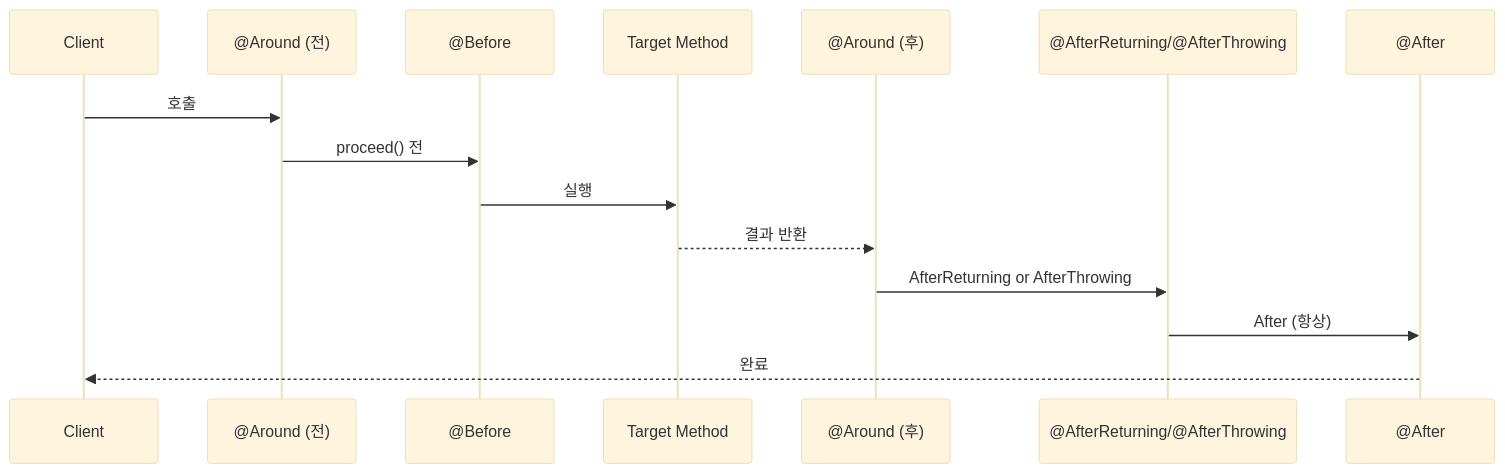
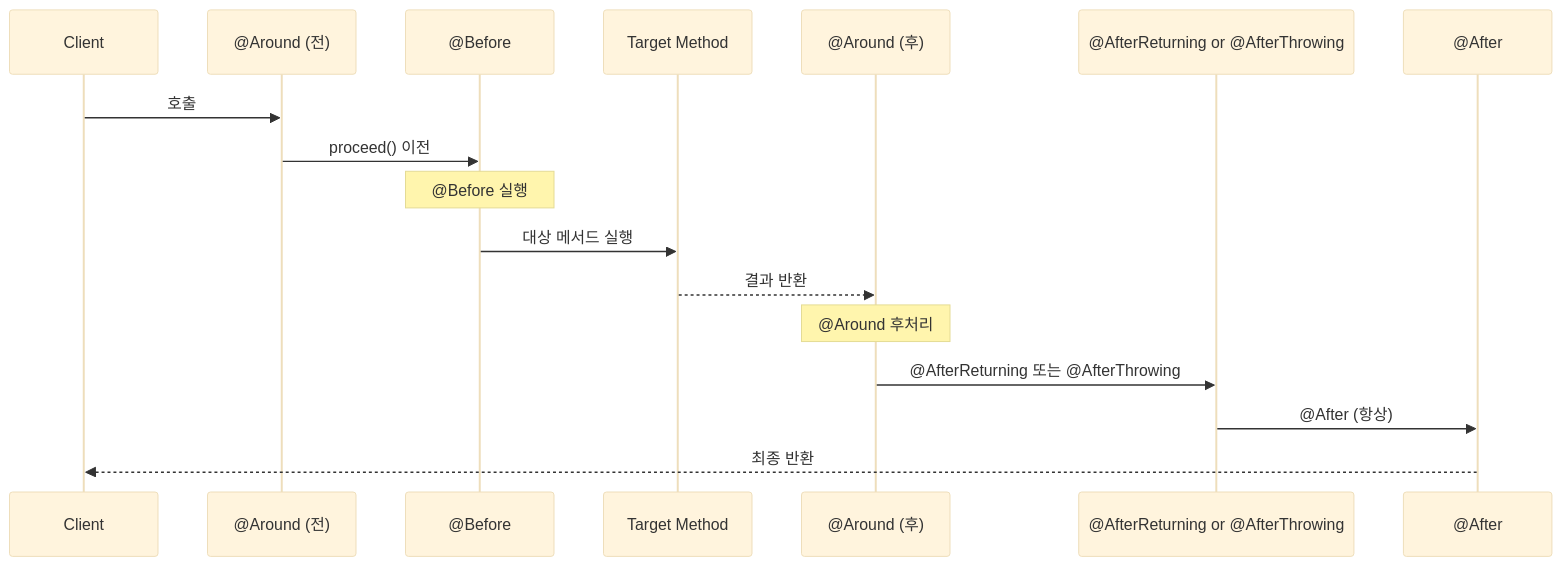
One commit to yjkim2015/yjkim2015.github.io changed the eighth of 13 diagrams in _posts/spring/2026-05-02-spring-core-advanced.md. Above: the diagram before and after it, drawn with Mermaid (base theme). The commit also changed other lines of this file and 32 other files, not shown here.

````diff
--- a/_posts/spring/2026-05-02-spring-core-advanced.md
+++ b/_posts/spring/2026-05-02-spring-core-advanced.md
@@ -391,18 +422,20 @@
 ```mermaid
 sequenceDiagram
     participant C as Client
-    participant A as @Around (전)
+    participant AR as @Around (전)
     participant B as @Before
     participant T as Target Method
-    participant D as @Around (후)
-    participant E as @AfterReturning/@AfterThrowing
-    participant F as @After
+    participant ARF as @Around (후)
+    participant AF as @AfterReturning or @AfterThrowing
+    participant A as @After
 
-    C->>A: 호출
-    A->>B: proceed() 전
-    B->>T: 실행
-    T-->>D: 결과 반환
-    D->>E: AfterReturning or AfterThrowing
-    E->>F: After (항상)
-    F-->>C: 완료
+    C->>AR: 호출
+    AR->>B: proceed() 이전
+    Note over B: @Before 실행
+    B->>T: 대상 메서드 실행
+    T-->>ARF: 결과 반환
+    Note over ARF: @Around 후처리
+    ARF->>AF: @AfterReturning 또는 @AfterThrowing
+    AF->>A: @After (항상)
+    A-->>C: 최종 반환
 ```
````
